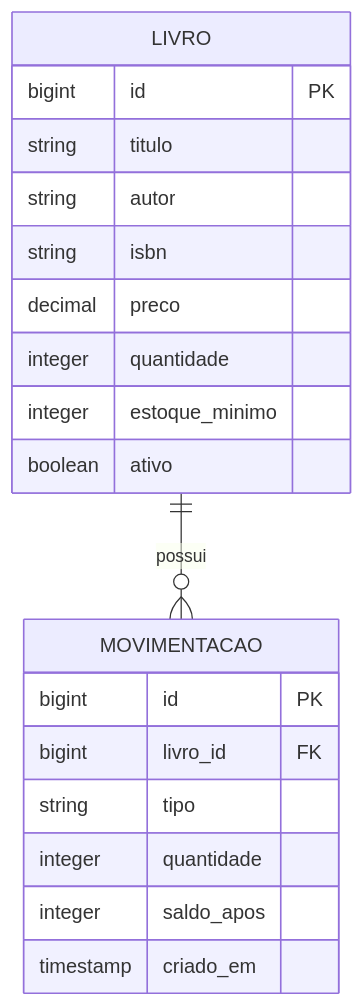
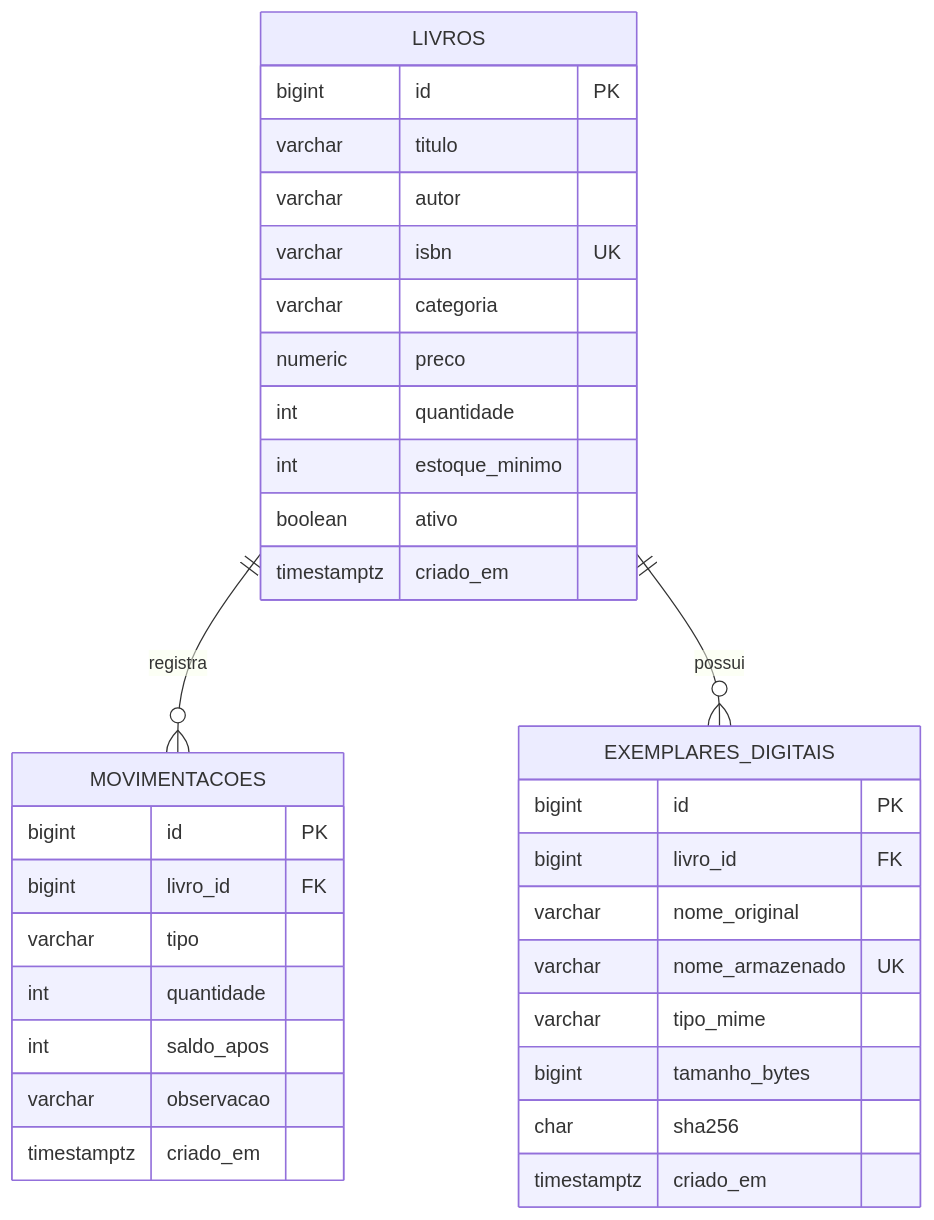
Before and after one commit to juceliocoelho2022/livrostock-fullstack: the second of 3 diagrams in docs/ARQUITETURA.md, drawn with Mermaid. The commit also changed other lines of this file, not shown here.

Commit message:
docs: cria DER fisico e conceitual e registra decisoes de arquitetura

````diff
--- a/docs/ARQUITETURA.md
+++ b/docs/ARQUITETURA.md
@@ -26,22 +21,39 @@
 ```mermaid
 erDiagram
-  LIVRO ||--o{ MOVIMENTACAO : possui
-  LIVRO {
+  LIVROS ||--o{ MOVIMENTACOES : registra
+  LIVROS ||--o{ EXEMPLARES_DIGITAIS : possui
+
+  LIVROS {
     bigint id PK
-    string titulo
-    string autor
-    string isbn
-    decimal preco
-    integer quantidade
-    integer estoque_minimo
+    varchar titulo
+    varchar autor
+    varchar isbn UK
+    varchar categoria
+    numeric preco
+    int quantidade
+    int estoque_minimo
     boolean ativo
+    timestamptz criado_em
   }
-  MOVIMENTACAO {
+
+  MOVIMENTACOES {
     bigint id PK
     bigint livro_id FK
-    string tipo
-    integer quantidade
-    integer saldo_apos
-    timestamp criado_em
+    varchar tipo
+    int quantidade
+    int saldo_apos
+    varchar observacao
+    timestamptz criado_em
+  }
+
+  EXEMPLARES_DIGITAIS {
+    bigint id PK
+    bigint livro_id FK
+    varchar nome_original
+    varchar nome_armazenado UK
+    varchar tipo_mime
+    bigint tamanho_bytes
+    char sha256
+    timestamptz criado_em
   }
 ```
````
